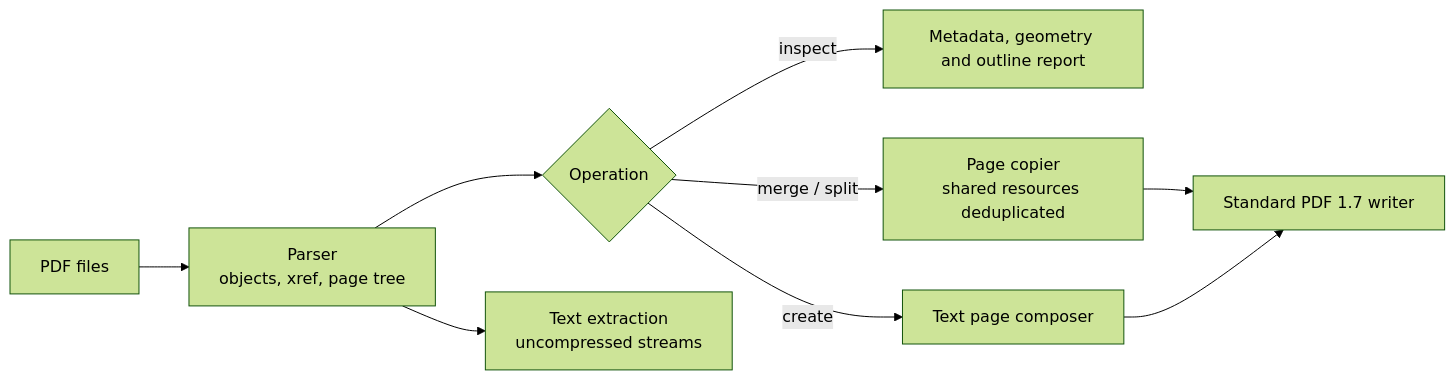
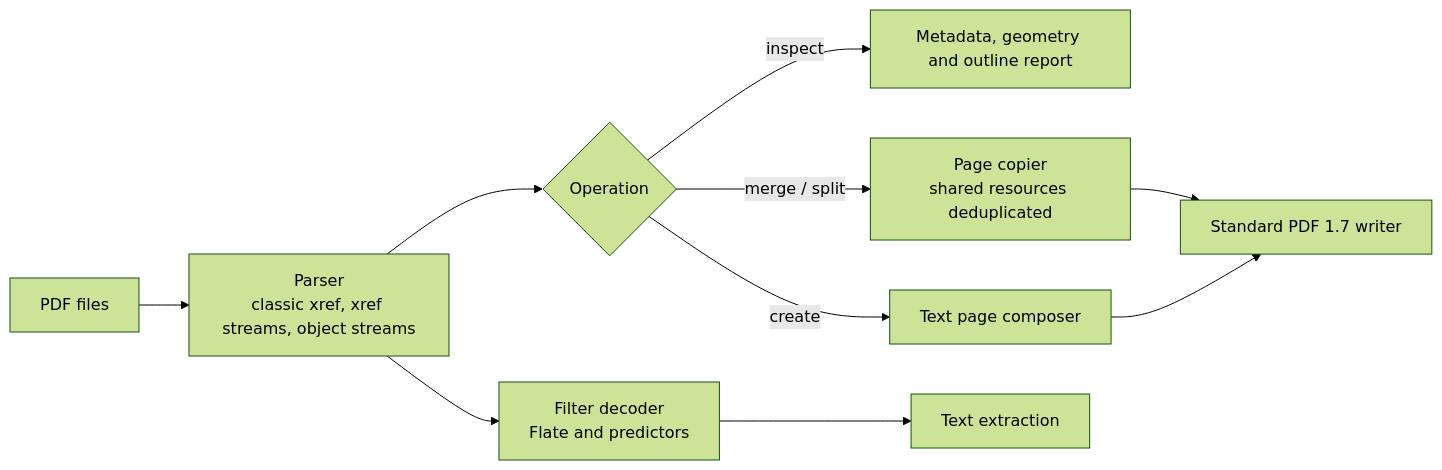
One commit to nyar-os/OpenPDF changed the diagram in readme.md. Above: the diagram before and after it, drawn with Mermaid (forest theme). The commit also changed other lines of this file, not shown here.

Commit message:
📝 Document modern PDF structures, Flate decoding and split --every

````diff
--- a/readme.md
+++ b/readme.md
@@ -62,11 +69,12 @@
 ```mermaid
 flowchart LR
-    A[PDF files] --> B[Parser<br/>objects, xref, page tree]
+    A[PDF files] --> B[Parser<br/>classic xref, xref streams, object streams]
     B --> C{Operation}
     C -->|inspect| D[Metadata, geometry and outline report]
     C -->|merge / split| E[Page copier<br/>shared resources deduplicated]
     C -->|create| F[Text page composer]
     E --> G[Standard PDF 1.7 writer]
     F --> G
-    B --> H[Text extraction<br/>uncompressed streams]
+    B --> H[Filter decoder<br/>Flate and predictors]
+    H --> I[Text extraction]
 ```
````
